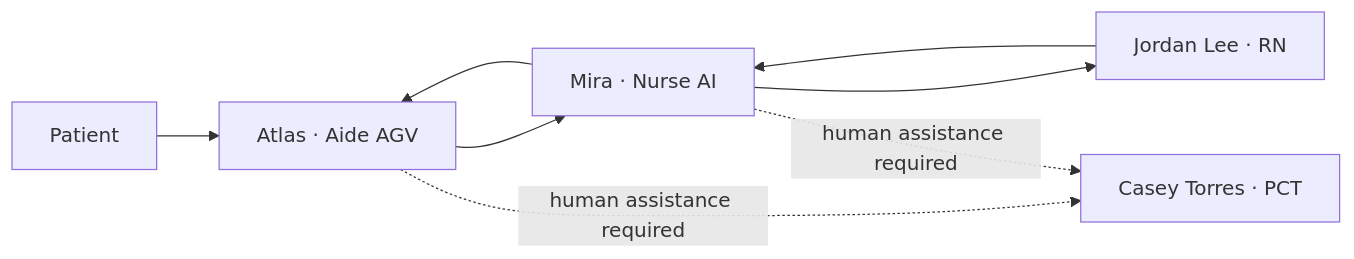
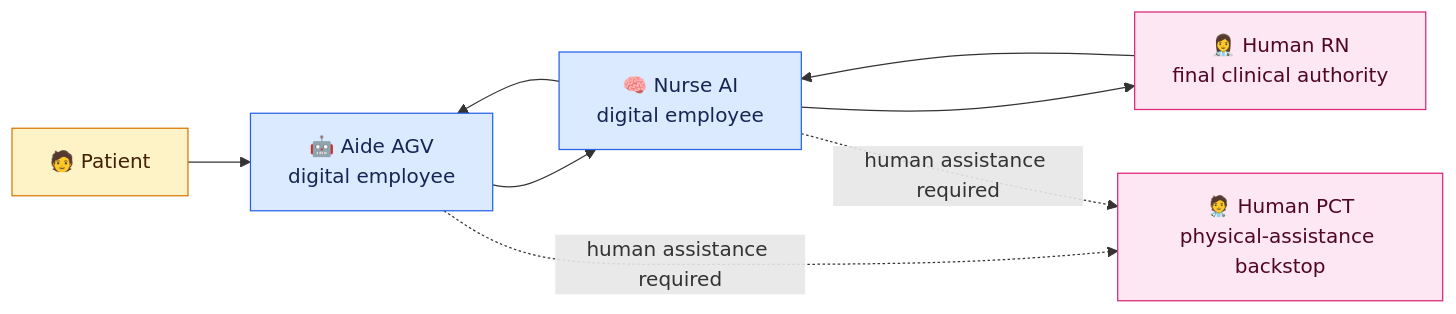
Before and after one commit to fmlin0429712024/ichd-agentic-system: the first of 2 diagrams in README.md, drawn with Mermaid. The commit also changed other lines of this file, not shown here.

````diff
--- a/README.md
+++ b/README.md
@@ -22,9 +23,15 @@
 ```mermaid
 flowchart LR
-    P["Patient"] --> A["Atlas · Aide AGV"]
-    A --> M["Mira · Nurse AI"]
-    M --> J["Jordan Lee · RN"]
+    P["🧑 Patient"] --> A["🤖 Aide AGV<br/>digital employee"]
+    A --> M["🧠 Nurse AI<br/>digital employee"]
+    M --> J["👩‍⚕️ Human RN<br/>final clinical authority"]
     J --> M --> A
-    A -. "human assistance required" .-> C["Casey Torres · PCT"]
+    A -. "human assistance required" .-> C["🧑‍⚕️ Human PCT<br/>physical-assistance backstop"]
     M -. "human assistance required" .-> C
+    classDef patient fill:#FEF3C7,stroke:#D97706,color:#422006
+    classDef digital fill:#DBEAFE,stroke:#2563EB,color:#172554
+    classDef human fill:#FCE7F3,stroke:#DB2777,color:#500724
+    class P patient
+    class A,M digital
+    class J,C human
 ```
````
